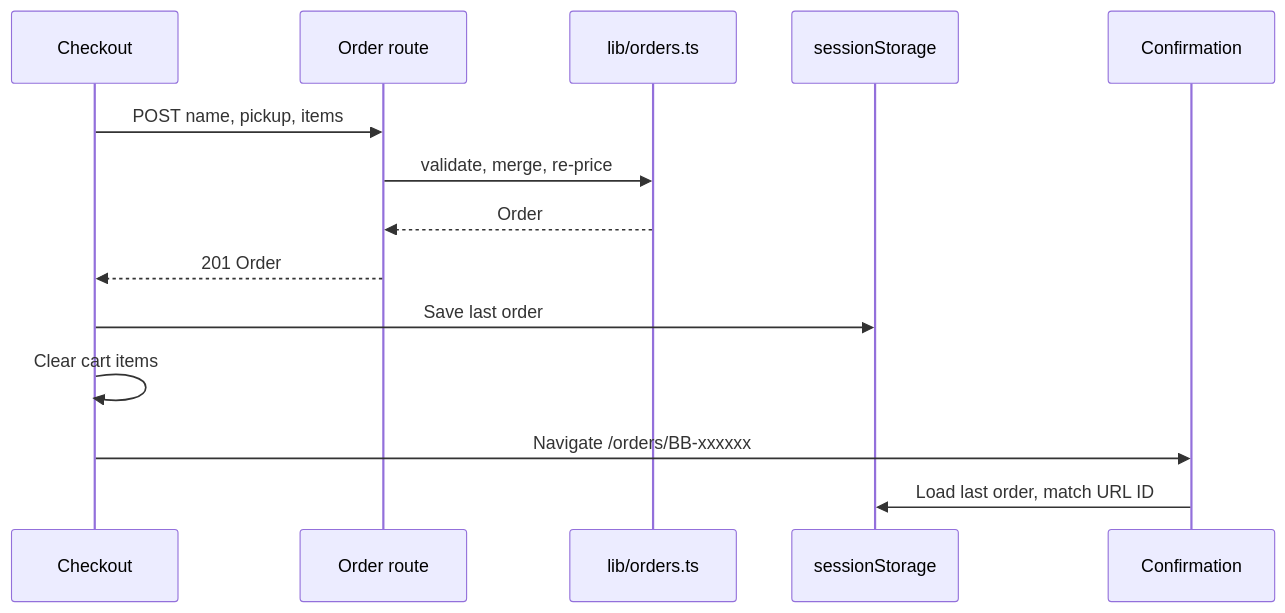
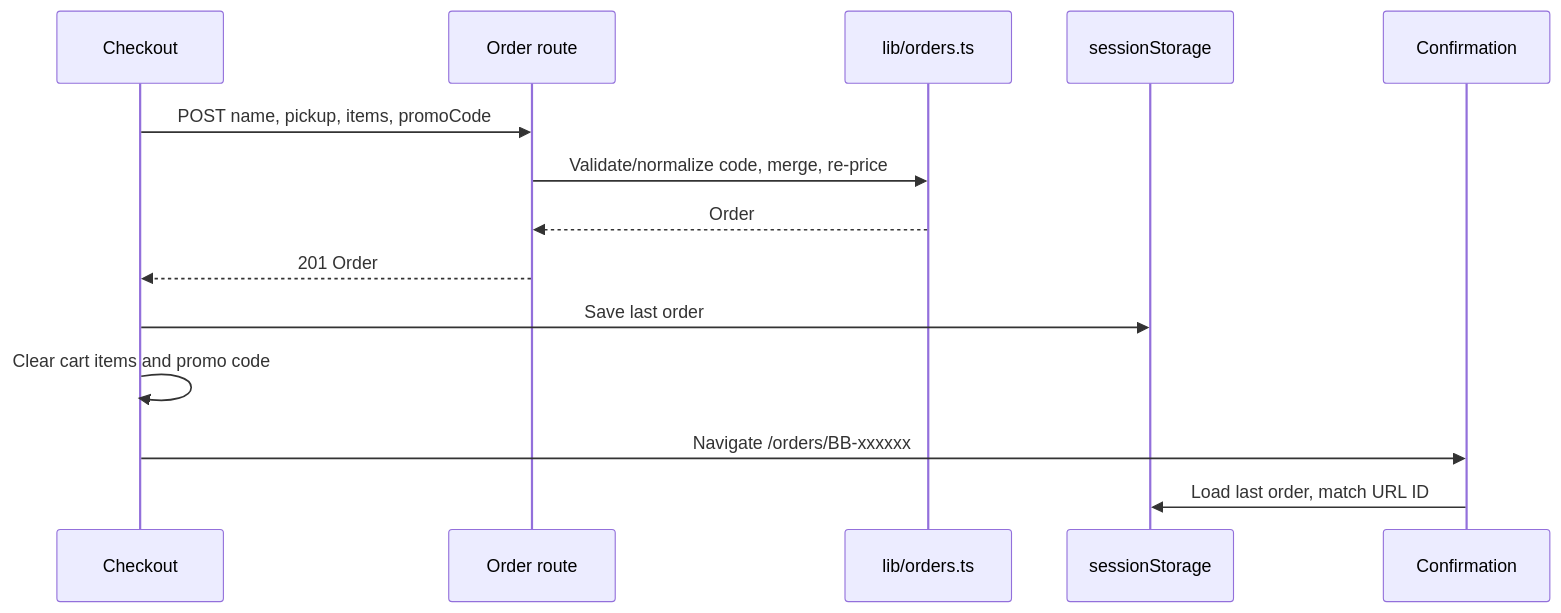
One commit to FactoryDemo/demo-storefront-practice changed the diagram in droid-wiki/features/checkout.md. Above: the diagram before and after it, drawn with Mermaid. The commit also changed other lines of this file and 15 other files, not shown here.

````diff
--- a/droid-wiki/features/checkout.md
+++ b/droid-wiki/features/checkout.md
@@ -29,16 +30,16 @@
 ```mermaid
 sequenceDiagram
   participant C as Checkout
   participant A as Order route
   participant L as lib/orders.ts
   participant S as sessionStorage
   participant P as Confirmation
-  C->>A: POST name, pickup, items
-  A->>L: validate, merge, re-price
+  C->>A: POST name, pickup, items, promoCode
+  A->>L: Validate/normalize code, merge, re-price
   L-->>A: Order
   A-->>C: 201 Order
   C->>S: Save last order
-  C->>C: Clear cart items
+  C->>C: Clear cart items and promo code
   C->>P: Navigate /orders/BB-xxxxxx
   P->>S: Load last order, match URL ID
 ```
````
